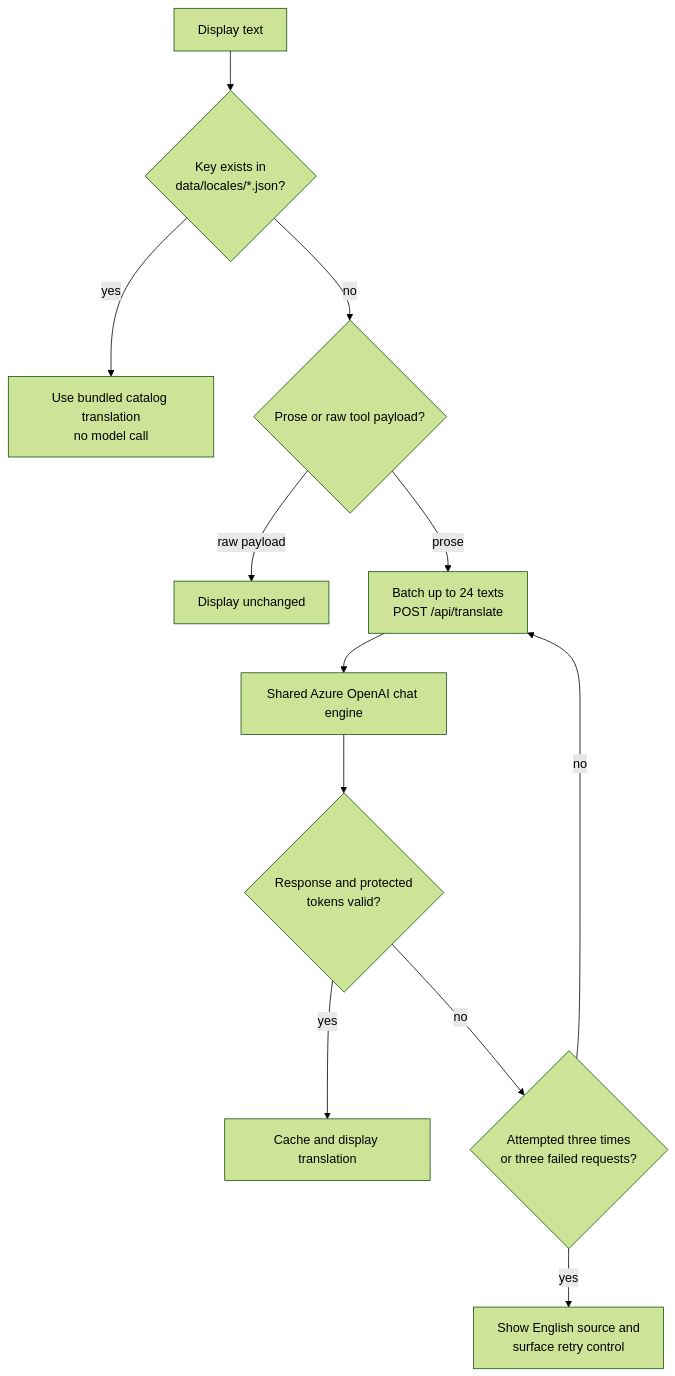
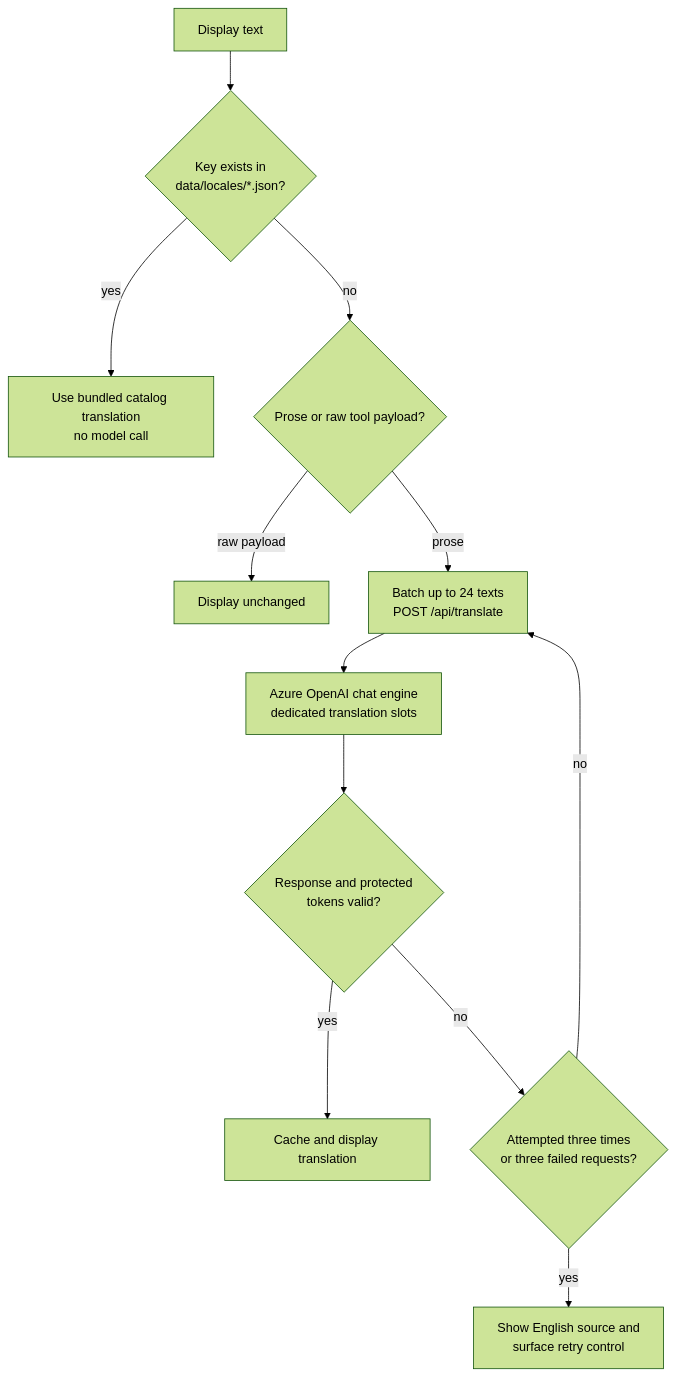
The diagram in docs/08-console-languages.md (frkim/GrocerySupplyDisruptionResponse), drawn with Mermaid (forest theme) before and after one commit. The commit also changed other lines of this file and 14 other files, not shown here.

````diff
--- a/docs/08-console-languages.md
+++ b/docs/08-console-languages.md
@@ -25,14 +25,14 @@
 ```mermaid
 flowchart TD
     text[Display text] --> known{Key exists in<br/>data/locales/*.json?}
     known -->|yes| bundled[Use bundled catalog translation<br/>no model call]
     known -->|no| kind{Prose or raw tool payload?}
     kind -->|raw payload| unchanged[Display unchanged]
     kind -->|prose| batch["Batch up to 24 texts<br/>POST /api/translate"]
-    batch --> model[Shared Azure OpenAI chat engine]
+    batch --> model[Azure OpenAI chat engine<br/>dedicated translation slots]
     model --> valid{Response and protected<br/>tokens valid?}
     valid -->|yes| show[Cache and display translation]
     valid -->|no| retry{Attempted three times<br/>or three failed requests?}
     retry -->|no| batch
     retry -->|yes| degraded[Show English source and<br/>surface retry control]
 ```
````
